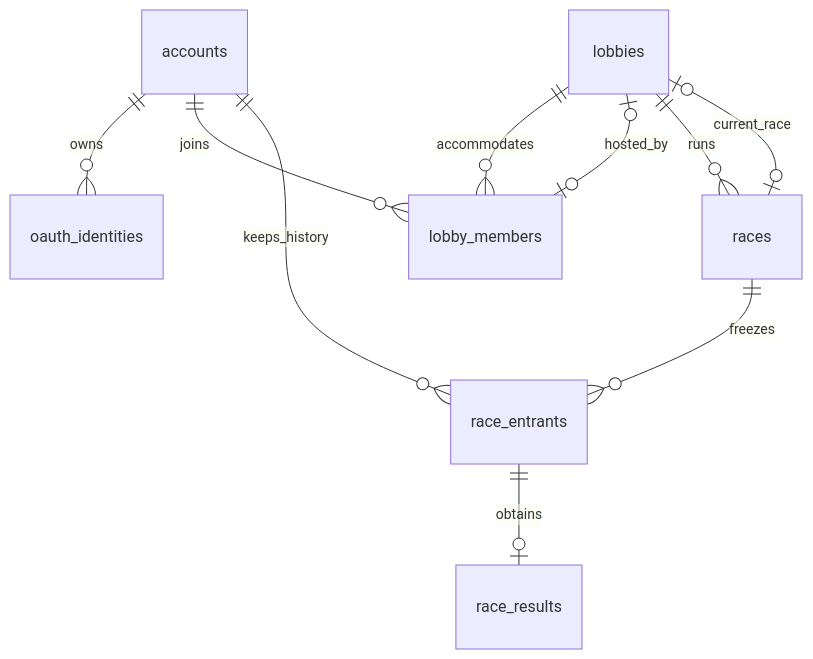
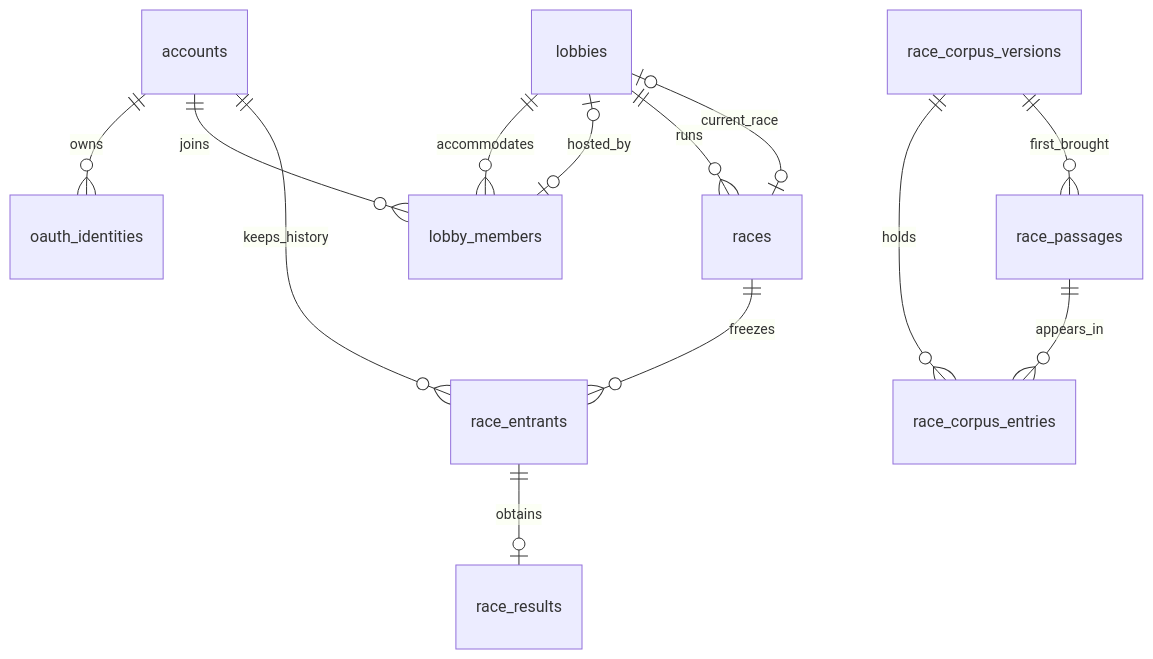
The diagram in docs/architecture/data-model.md (PhilJordan18/incision), drawn with Mermaid before and after one commit. The commit also changed other lines of this file and 2 other files, not shown here.

Commit message:
docs: corpus identity and versions, import rules and the data model (F-02.3a)

````diff
--- a/docs/architecture/data-model.md
+++ b/docs/architecture/data-model.md
@@ -80,12 +80,15 @@
 ```mermaid
 erDiagram
   accounts ||--o{ oauth_identities : owns
   accounts ||--o{ lobby_members : joins
   lobbies ||--o{ lobby_members : accommodates
   lobbies |o--o| lobby_members : hosted_by
   lobbies ||--o{ races : runs
   lobbies |o--o| races : current_race
   races ||--o{ race_entrants : freezes
   accounts ||--o{ race_entrants : keeps_history
   race_entrants ||--o| race_results : obtains
+  race_corpus_versions ||--o{ race_corpus_entries : holds
+  race_passages ||--o{ race_corpus_entries : appears_in
+  race_corpus_versions ||--o{ race_passages : first_brought
 ```
````
